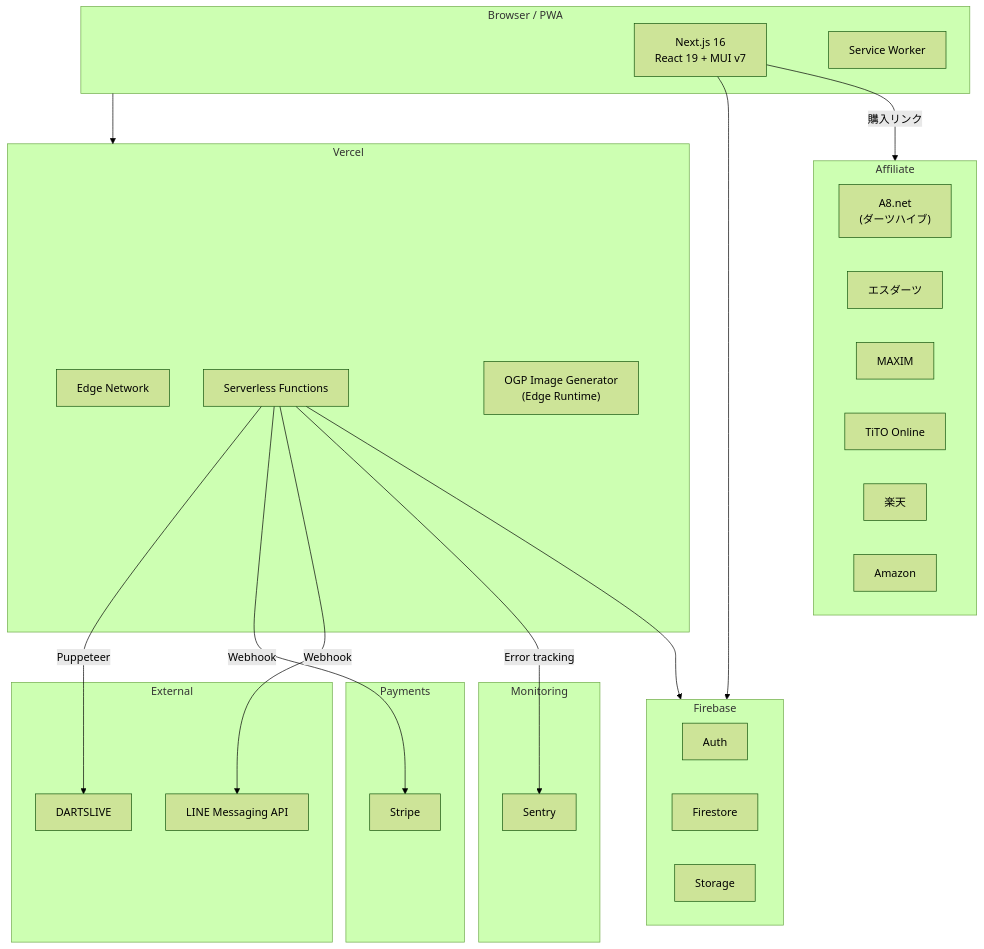
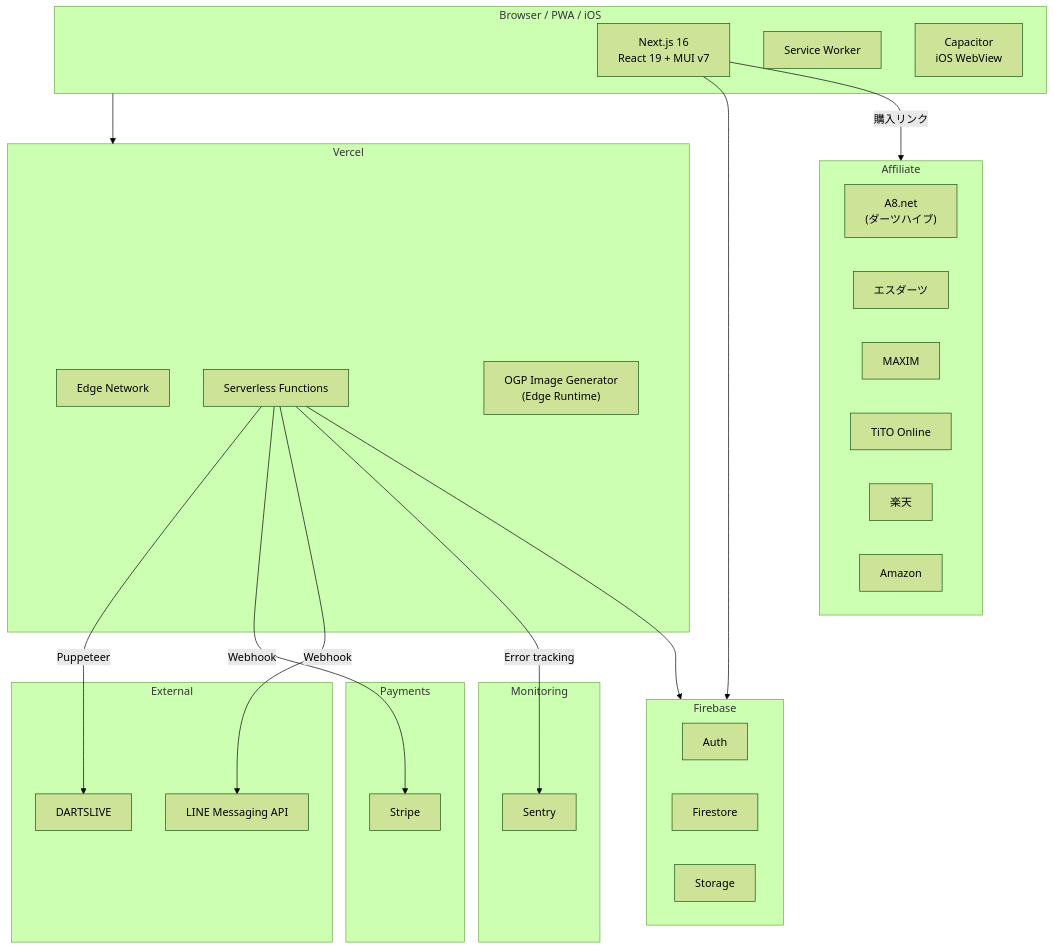
The diagram in README.md (seiryuu1215/darts-app), drawn with Mermaid (forest theme) before and after one commit. The commit also changed other lines of this file and 3 other files, not shown here.

````diff
--- a/README.md
+++ b/README.md
@@ -158,50 +169,51 @@
 ```mermaid
 graph TB
-    subgraph Client["Browser / PWA"]
+    subgraph Client["Browser / PWA / iOS"]
         App["Next.js 16<br/>React 19 + MUI v7"]
         SW["Service Worker"]
+        Cap["Capacitor<br/>iOS WebView"]
     end
 
     subgraph Vercel
         Edge["Edge Network"]
         SF["Serverless Functions"]
         OG["OGP Image Generator<br/>(Edge Runtime)"]
     end
 
     subgraph Firebase
         Auth["Auth"]
         FS["Firestore"]
         ST["Storage"]
     end
 
     subgraph Payments
         Stripe["Stripe"]
     end
 
     subgraph Monitoring
         Sentry["Sentry"]
     end
 
     subgraph External
         DL["DARTSLIVE"]
         LINE["LINE Messaging API"]
     end
 
     subgraph Affiliate
         A8["A8.net<br/>(ダーツハイブ)"]
         SD["エスダーツ"]
         MX["MAXIM"]
         TT["TiTO Online"]
         RK["楽天"]
         AZ["Amazon"]
     end
 
     Client --> Vercel
     SF --> Firebase
     SF -->|Puppeteer| DL
     SF -->|Webhook| Stripe
     SF -->|Webhook| LINE
     SF -->|Error tracking| Sentry
     App --> Firebase
     App -->|購入リンク| Affiliate
 ```
````
